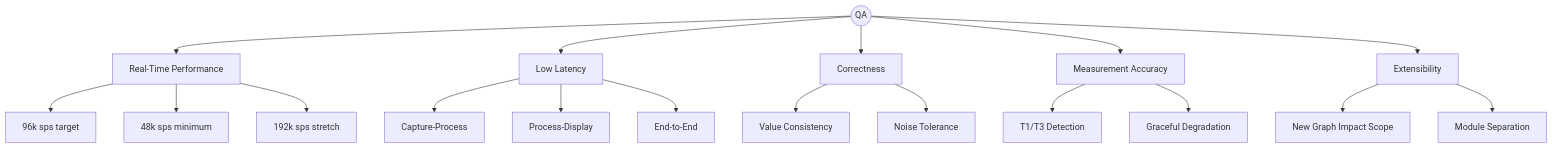
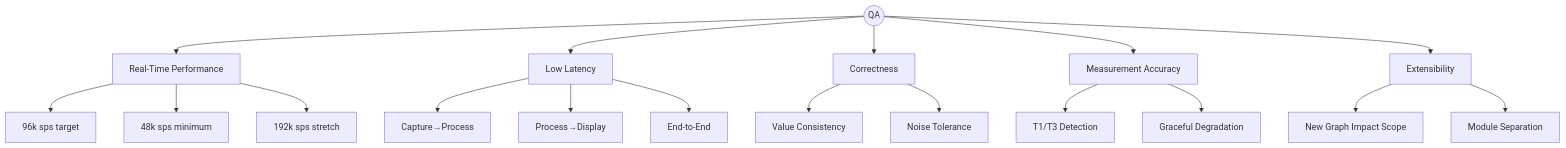
The first of 2 diagrams in docs/week1/kickoff-workshop/presentation-D.md (Ji-Min-Lee/2026-3-sw-architect-studio-project), drawn with Mermaid before and after one commit. The commit also changed other lines of this file and 2 other files, not shown here.

````diff
--- a/docs/week1/kickoff-workshop/presentation-D.md
+++ b/docs/week1/kickoff-workshop/presentation-D.md
@@ -26,26 +26,26 @@
 ```mermaid
 graph TD
     QA((QA))
 
     QA --> RT[Real-Time Performance]
     RT --> RT1[96k sps target]
     RT --> RT2[48k sps minimum]
     RT --> RT3[192k sps stretch]
 
     QA --> LL[Low Latency]
-    LL --> LL1[Capture-Process]
-    LL --> LL2[Process-Display]
+    LL --> LL1[Capture→Process]
+    LL --> LL2[Process→Display]
     LL --> LL3[End-to-End]
 
     QA --> CO[Correctness]
     CO --> CO1[Value Consistency]
     CO --> CO2[Noise Tolerance]
 
     QA --> MA[Measurement Accuracy]
     MA --> MA1[T1/T3 Detection]
     MA --> MA2[Graceful Degradation]
 
     QA --> EX[Extensibility]
     EX --> EX1[New Graph Impact Scope]
     EX --> EX2[Module Separation]
 ```
````
